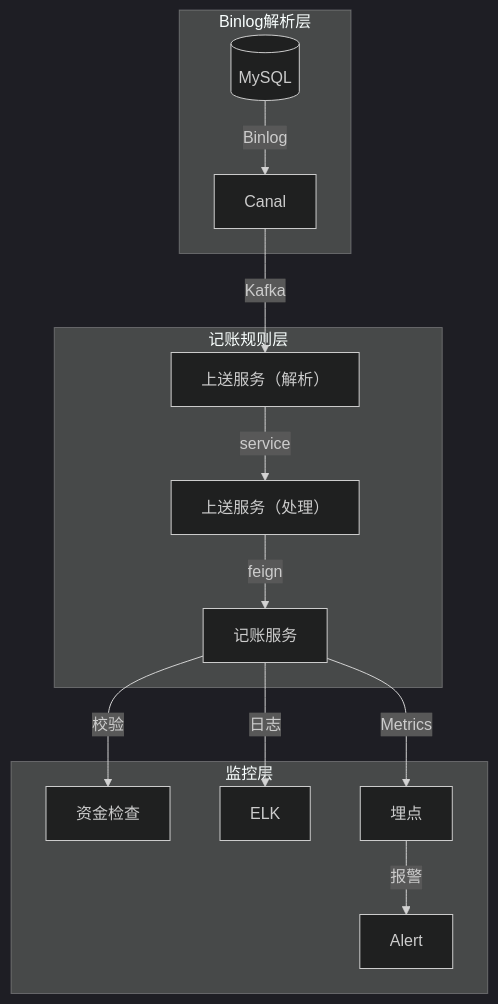
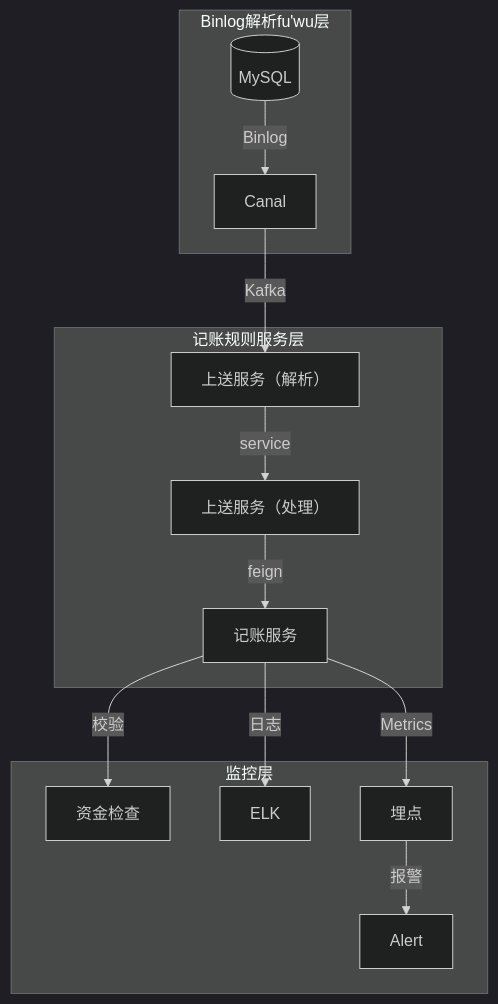
One commit to 87828943/iodraw-files changed the diagram in all/记账架构图.md. Above: the diagram before and after it, drawn with Mermaid (dark theme).

Commit message:
2025-07-07 14:36:53 update

````diff
--- a/all/记账架构图.md
+++ b/all/记账架构图.md
@@ -1,17 +1,17 @@
 ```mermaid
 graph TB
-    subgraph Binlog解析层
+    subgraph Binlog解析fu'wu层
         DB[(MySQL)] -->|Binlog| Canal
     end
-    subgraph 记账规则层
+    subgraph 记账规则服务层
         Canal -->|Kafka| Parser[上送服务（解析）]
         Parser -->|service| Engine[上送服务（处理）]
         Engine -->|feign| Accounting[记账服务]
     end
     subgraph 监控层
         Accounting --> |校验| 资金检查
         Accounting -->|日志| ELK
         Accounting -->|Metrics| 埋点
         埋点 -->|报警| Alert
     end
 ```
````
